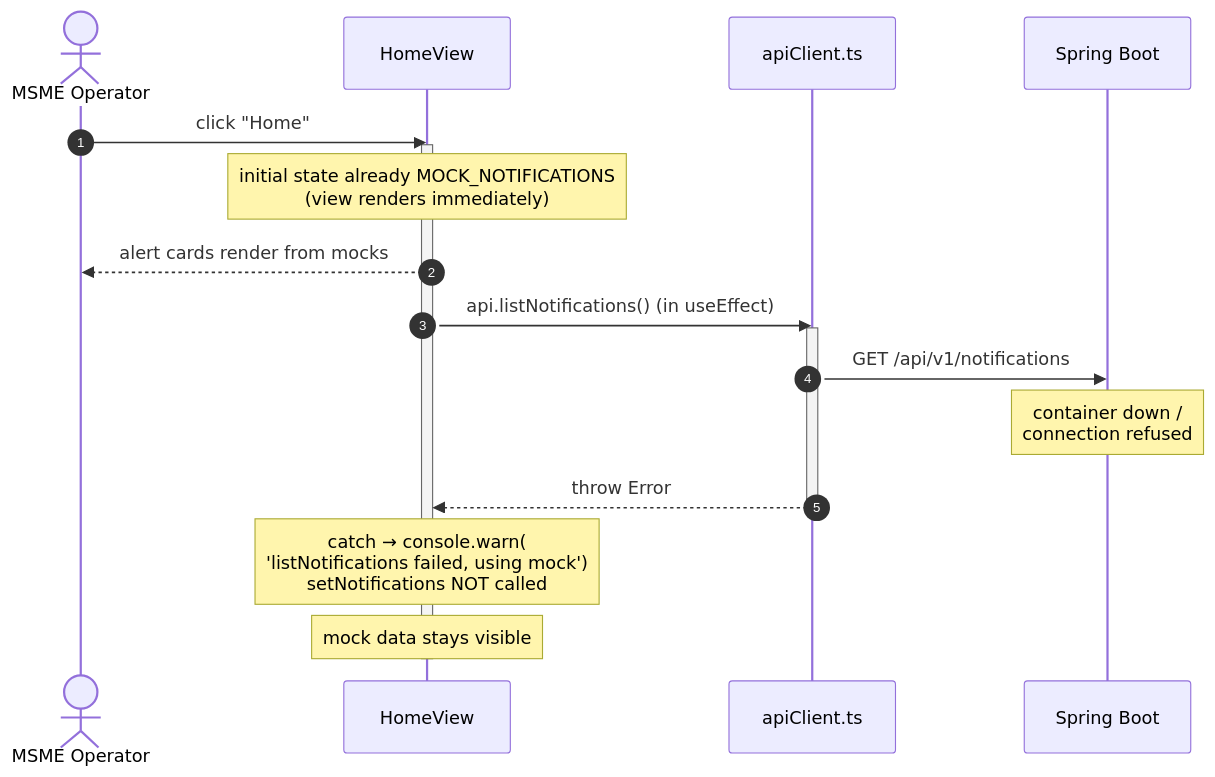
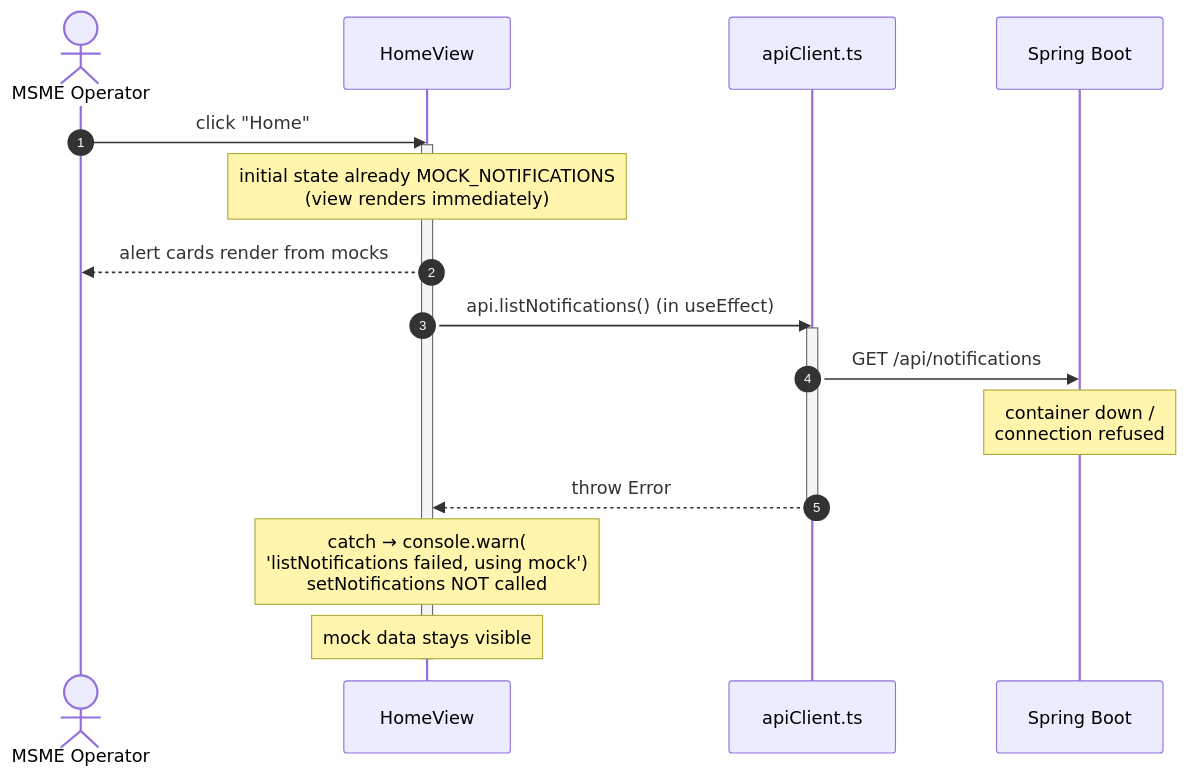
One commit to SherieHub/CeView changed the eighth of 9 diagrams in ARCHITECTURE.md. Above: the diagram before and after it, drawn with Mermaid. The commit also changed other lines of this file and 348 other files, not shown here.

````diff
--- a/ARCHITECTURE.md
+++ b/ARCHITECTURE.md
@@ -363,22 +363,22 @@
 ```mermaid
 sequenceDiagram
     autonumber
     actor U as MSME Operator
     participant H as HomeView
     participant API as apiClient.ts
     participant SC as Spring Boot
 
     U->>H: click "Home"
     activate H
     Note over H: initial state already MOCK_NOTIFICATIONS<br/>(view renders immediately)
     H-->>U: alert cards render from mocks
     H->>API: api.listNotifications()  (in useEffect)
     activate API
-    API->>SC: GET /api/v1/notifications
+    API->>SC: GET /api/notifications
     Note over SC: container down /<br/>connection refused
     API-->>H: throw Error
     deactivate API
     Note over H: catch → console.warn(<br/>  'listNotifications failed, using mock')<br/>setNotifications NOT called
     Note over H: mock data stays visible
     deactivate H
 ```
````
